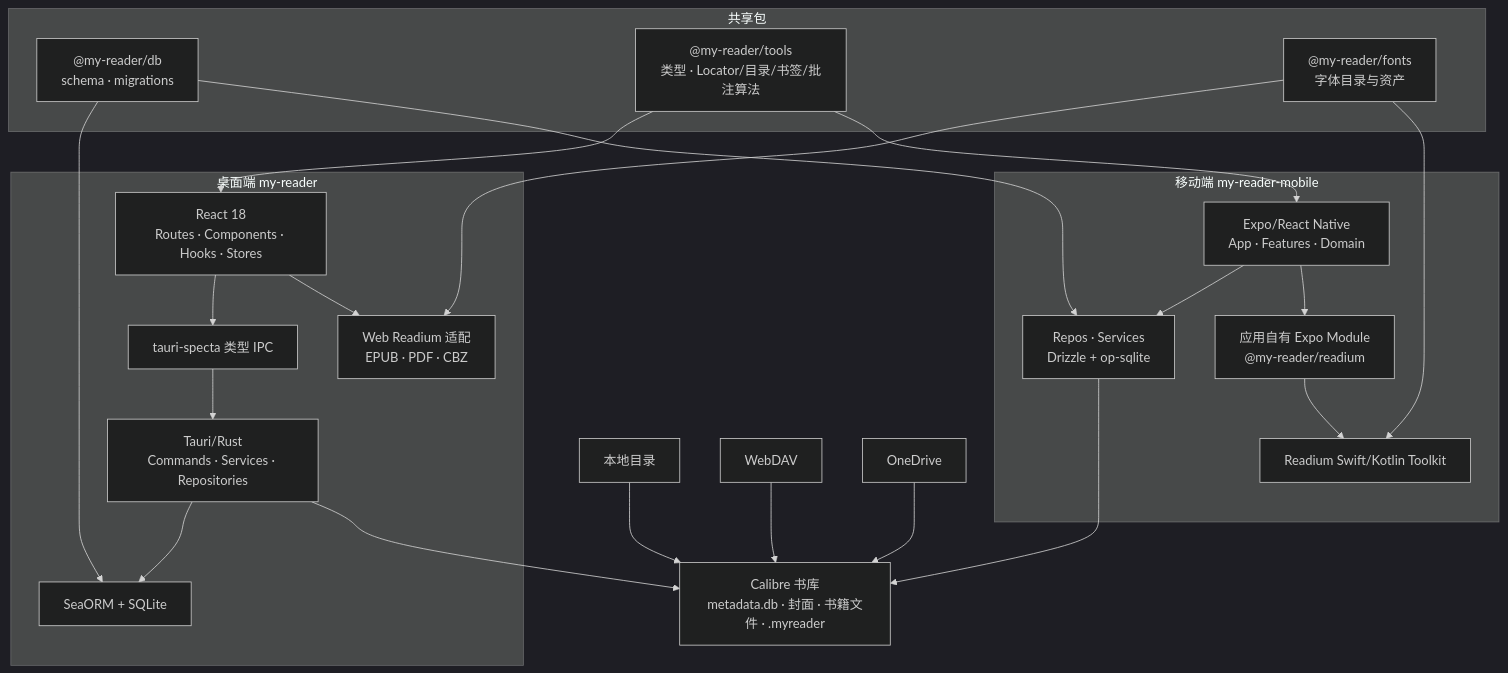
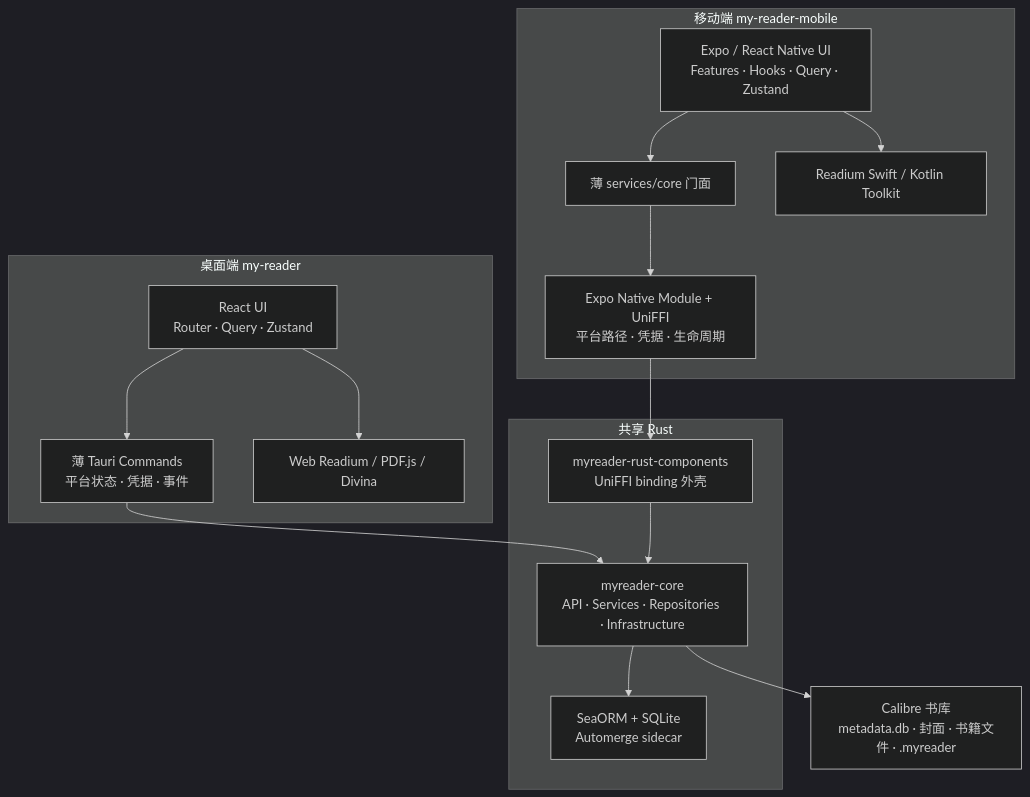
The diagram in ARCHITECTURE.md (RyouMon/MyReader), drawn with Mermaid (dark theme) before and after one commit. The commit also changed other lines of this file and 124 other files, not shown here.

````diff
--- a/ARCHITECTURE.md
+++ b/ARCHITECTURE.md
@@ -17,48 +19,30 @@
 ```mermaid
 flowchart TB
     Calibre["Calibre 书库<br/>metadata.db · 封面 · 书籍文件 · .myreader"]
-    Local["本地目录"]
-    WebDAV["WebDAV"]
-    OneDrive["OneDrive"]
 
     subgraph Desktop["桌面端 my-reader"]
-        DesktopUI["React 18<br/>Routes · Components · Hooks · Stores"]
-        IPC["tauri-specta 类型 IPC"]
-        Rust["Tauri/Rust<br/>Commands · Services · Repositories"]
-        DesktopReader["Web Readium 适配<br/>EPUB · PDF · CBZ"]
-        DesktopDB["SeaORM + SQLite"]
+        DesktopUI["React UI<br/>Router · Query · Zustand"]
+        Tauri["薄 Tauri Commands<br/>平台状态 · 凭据 · 事件"]
+        DesktopReader["Web Readium / PDF.js / Divina"]
     end
 
     subgraph Mobile["移动端 my-reader-mobile"]
-        MobileUI["Expo/React Native<br/>App · Features · Domain"]
-        MobileData["Repos · Services<br/>Drizzle + op-sqlite"]
-        Bridge["应用自有 Expo Module<br/>@my-reader/readium"]
-        NativeReader["Readium Swift/Kotlin Toolkit"]
+        MobileUI["Expo / React Native UI<br/>Features · Hooks · Query · Zustand"]
+        Facade["薄 services/core 门面"]
+        Binding["Expo Native Module + UniFFI<br/>平台路径 · 凭据 · 生命周期"]
+        NativeReader["Readium Swift / Kotlin Toolkit"]
     end
 
-    subgraph Shared["共享包"]
-        DB["@my-reader/db<br/>schema · migrations"]
-        Tools["@my-reader/tools<br/>类型 · Locator/目录/书签/批注算法"]
-        Fonts["@my-reader/fonts<br/>字体目录与资产"]
+    subgraph SharedRust["共享 Rust"]
+        Components["myreader-rust-components<br/>UniFFI binding 外壳"]
+        Core["myreader-core<br/>API · Services · Repositories · Infrastructure"]
+        Sidecar["SeaORM + SQLite<br/>Automerge sidecar"]
     end
 
-    Local --> Calibre
-    WebDAV --> Calibre
-    OneDrive --> Calibre
-
-    DesktopUI --> IPC --> Rust
+    DesktopUI --> Tauri --> Core
     DesktopUI --> DesktopReader
-    Rust --> DesktopDB
-    Rust --> Calibre
-
-    MobileUI --> MobileData
-    MobileUI --> Bridge --> NativeReader
-    MobileData --> Calibre
-
-    DB --> DesktopDB
-    DB --> MobileData
-    Tools --> DesktopUI
-    Tools --> MobileUI
-    Fonts --> DesktopReader
-    Fonts --> NativeReader
+    MobileUI --> Facade --> Binding --> Components --> Core
+    MobileUI --> NativeReader
+    Core --> Sidecar
+    Core --> Calibre
 ```
````
